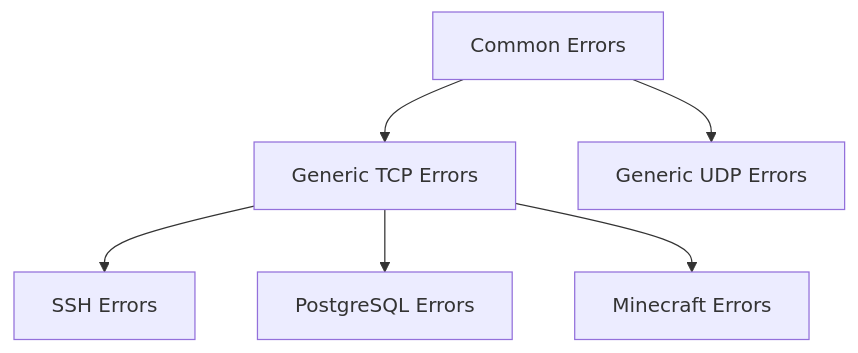
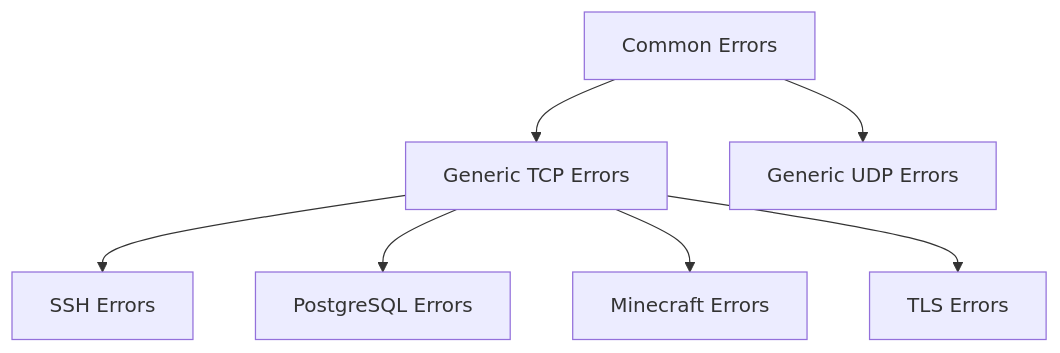
The diagram in README.md (crystade/greet), drawn with Mermaid before and after one commit. The commit also changed other lines of this file and 5 other files, not shown here.

````diff
--- a/README.md
+++ b/README.md
@@ -154,15 +157,17 @@
 ```mermaid
 graph TD
     COMMON[Common Errors]
     TCP[Generic TCP Errors]
     UDP[Generic UDP Errors]
     SSH[SSH Errors]
     PG[PostgreSQL Errors]
     MC[Minecraft Errors]
+    TLS[TLS Errors]
 
     COMMON --> TCP
     COMMON --> UDP
     TCP --> SSH
     TCP --> PG
     TCP --> MC
+    TCP --> TLS
 ```
````
